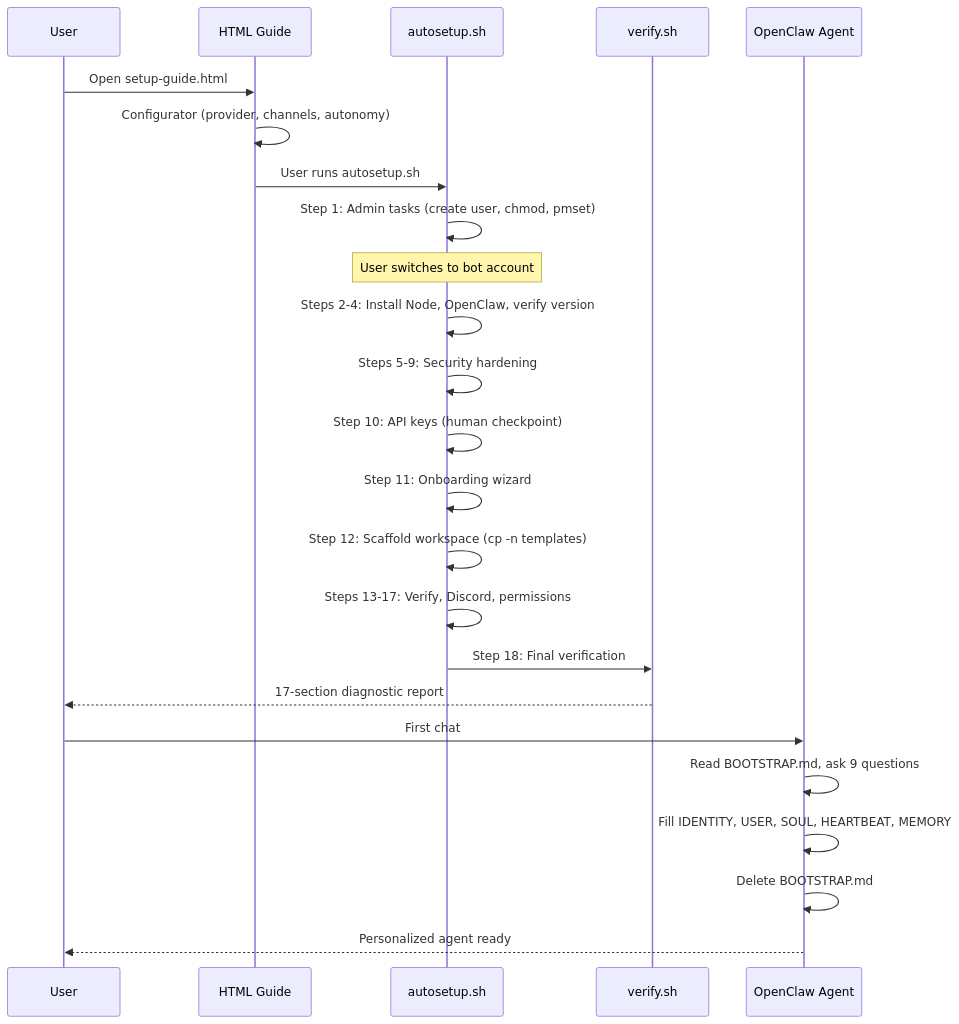
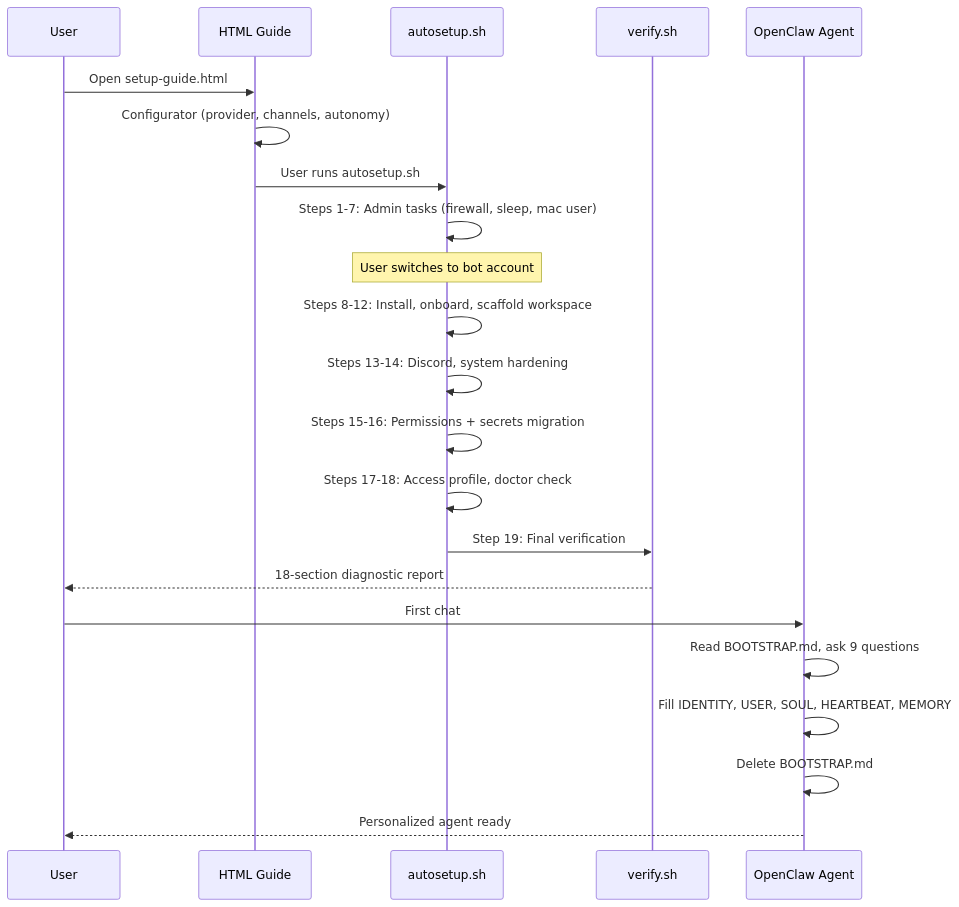
Before and after one commit to jeremyknows/clawstarter: the second of 4 diagrams in docs/CODEBASE_MAP.md, drawn with Mermaid. The commit also changed other lines of this file and 11 other files, not shown here.

First line of the commit message:
Security hardening + documentation alignment across all files

````diff
--- a/docs/CODEBASE_MAP.md
+++ b/docs/CODEBASE_MAP.md
@@ -139,27 +174,25 @@
 ```mermaid
 sequenceDiagram
     participant User
     participant Guide as HTML Guide
     participant Script as autosetup.sh
     participant Verify as verify.sh
     participant Bot as OpenClaw Agent
 
     User->>Guide: Open setup-guide.html
     Guide->>Guide: Configurator (provider, channels, autonomy)
     Guide->>Script: User runs autosetup.sh
-    Script->>Script: Step 1: Admin tasks (create user, chmod, pmset)
+    Script->>Script: Steps 1-7: Admin tasks (firewall, sleep, mac user)
     Note over Script: User switches to bot account
-    Script->>Script: Steps 2-4: Install Node, OpenClaw, verify version
-    Script->>Script: Steps 5-9: Security hardening
-    Script->>Script: Step 10: API keys (human checkpoint)
-    Script->>Script: Step 11: Onboarding wizard
-    Script->>Script: Step 12: Scaffold workspace (cp -n templates)
-    Script->>Script: Steps 13-17: Verify, Discord, permissions
-    Script->>Verify: Step 18: Final verification
-    Verify-->>User: 17-section diagnostic report
+    Script->>Script: Steps 8-12: Install, onboard, scaffold workspace
+    Script->>Script: Steps 13-14: Discord, system hardening
+    Script->>Script: Steps 15-16: Permissions + secrets migration
+    Script->>Script: Steps 17-18: Access profile, doctor check
+    Script->>Verify: Step 19: Final verification
+    Verify-->>User: 18-section diagnostic report
     User->>Bot: First chat
     Bot->>Bot: Read BOOTSTRAP.md, ask 9 questions
     Bot->>Bot: Fill IDENTITY, USER, SOUL, HEARTBEAT, MEMORY
     Bot->>Bot: Delete BOOTSTRAP.md
     Bot-->>User: Personalized agent ready
 ```
````
